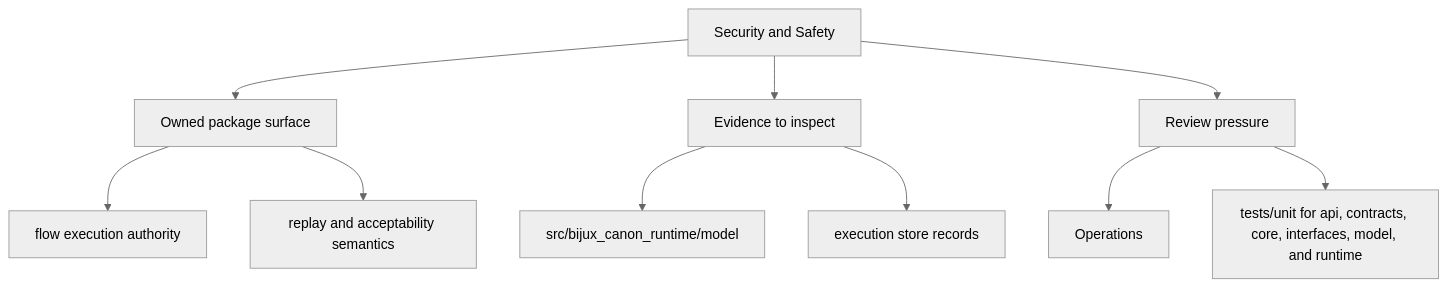
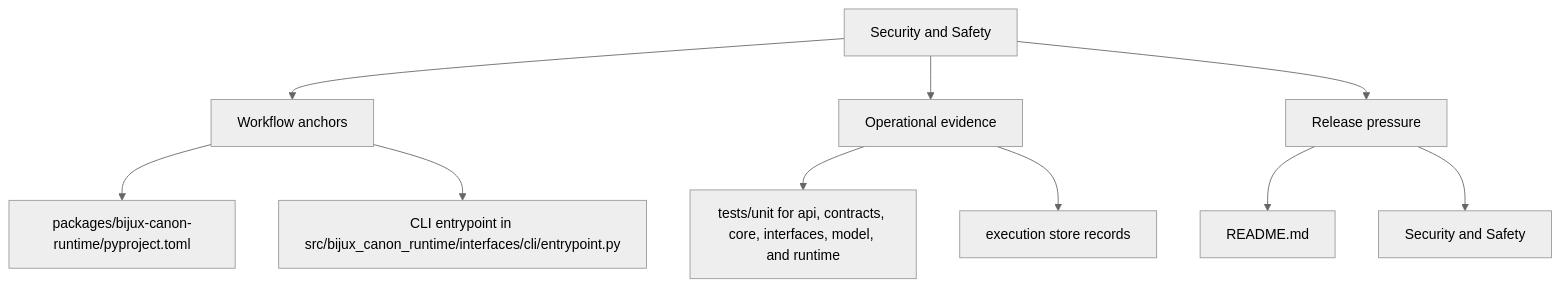
The second of 2 diagrams in docs/bijux-canon-runtime/operations/security-and-safety.md (bijux/bijux-canon), drawn with Mermaid (neutral theme) before and after one commit. The commit also changed other lines of this file and 250 other files, not shown here.

Commit message:
docs(diagrams): make product page maps more readable

````diff
--- a/docs/bijux-canon-runtime/operations/security-and-safety.md
+++ b/docs/bijux-canon-runtime/operations/security-and-safety.md
@@ -34,22 +34,22 @@
 ```mermaid
 flowchart TD
     page["Security and Safety"]
-    focus1["Owned package surface"]
+    focus1["Workflow anchors"]
     page --> focus1
-    focus1_1["flow execution authority"]
+    focus1_1["packages/bijux-canon-runtime/pyproject.toml"]
     focus1 --> focus1_1
-    focus1_2["replay and acceptability semantics"]
+    focus1_2["CLI entrypoint in src/bijux_canon_runtime/interfaces/cli/entrypoint.py"]
     focus1 --> focus1_2
-    focus2["Evidence to inspect"]
+    focus2["Operational evidence"]
     page --> focus2
-    focus2_1["src/bijux_canon_runtime/model"]
+    focus2_1["tests/unit for api, contracts, core, interfaces, model, and runtime"]
     focus2 --> focus2_1
     focus2_2["execution store records"]
     focus2 --> focus2_2
-    focus3["Review pressure"]
+    focus3["Release pressure"]
     page --> focus3
-    focus3_1["Operations"]
+    focus3_1["README.md"]
     focus3 --> focus3_1
-    focus3_2["tests/unit for api, contracts, core, interfaces, model, and runtime"]
+    focus3_2["Security and Safety"]
     focus3 --> focus3_2
 ```
````
